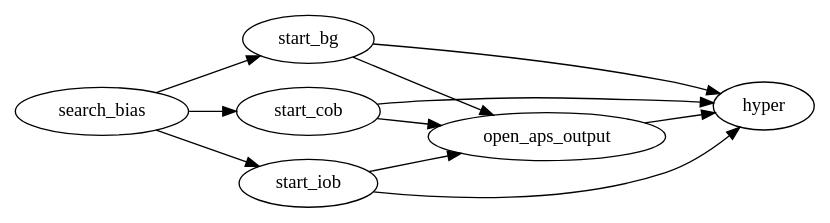
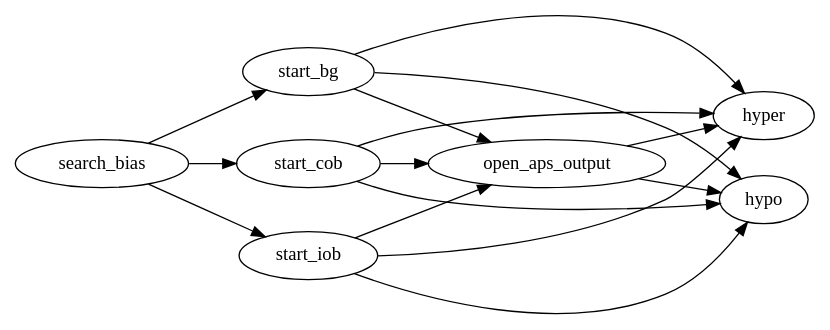
Before and after one commit to CITCOM-project/CausalTestingFramework: the diagram in examples/surrogate_assisted/apsdigitaltwin/dag.dot, drawn with Graphviz. The commit also changed 5 other files, not shown here.

```diff
--- a/examples/surrogate_assisted/apsdigitaltwin/dag.dot
+++ b/examples/surrogate_assisted/apsdigitaltwin/dag.dot
@@ -1,17 +1,22 @@
 digraph APS_DAG {
     rankdir=LR;
 
     "search_bias" -> "start_bg";
     "search_bias" -> "start_cob";
     "search_bias" -> "start_iob";
 
     "start_bg" -> "hyper";
     "start_cob" -> "hyper";
     "start_iob" -> "hyper";
 
+    "start_bg" -> "hypo";
+    "start_cob" -> "hypo";
+    "start_iob" -> "hypo";
+
     "start_bg" -> "open_aps_output" [included=1, expected=positive];
     "start_cob" -> "open_aps_output" [included=1, expected=positive];
     "start_iob" -> "open_aps_output" [included=1, expected=negative];
 
     "open_aps_output" -> "hyper";
+    "open_aps_output" -> "hypo";
 }
```
